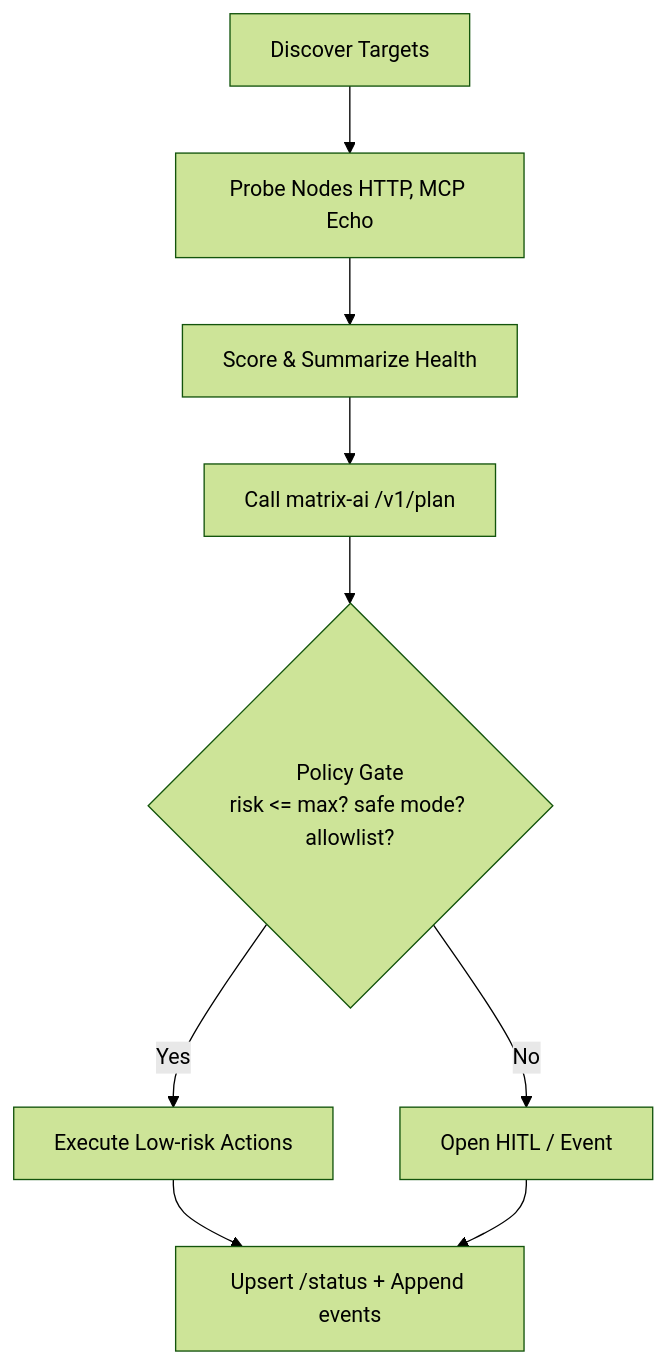
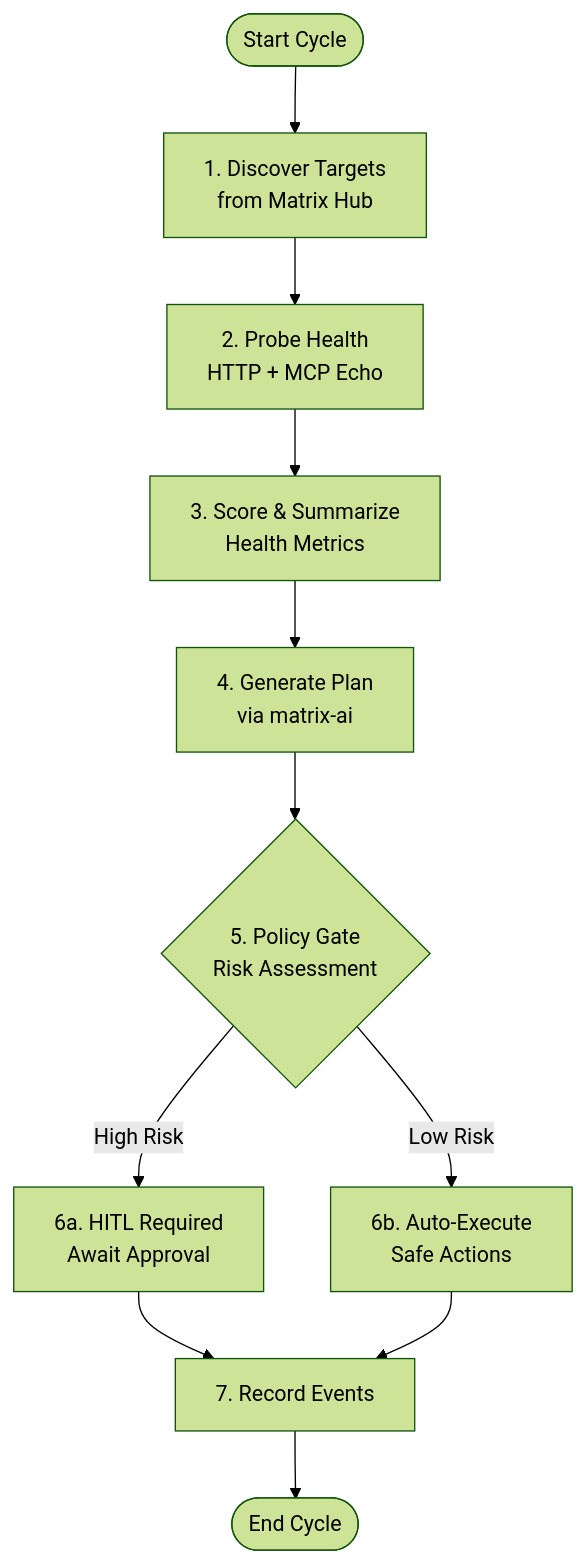
Before and after one commit to agent-matrix/matrix-guardian: the second of 2 diagrams in README.md, drawn with Mermaid (forest theme). The commit also changed other lines of this file and 77 other files, not shown here.

````diff
--- a/README.md
+++ b/README.md
@@ -64,11 +76,13 @@
 ```mermaid
 flowchart TD
-    Discover[Discover Targets] --> Probe[Probe Nodes HTTP, MCP Echo]
-    Probe --> Score[Score & Summarize Health]
-    Score --> Plan[Call matrix-ai /v1/plan]
-    Plan --> Policy{Policy Gate\nrisk <= max? safe mode? allowlist?}
-    Policy -- "No" --> Pause[Open HITL / Event]
-    Policy -- "Yes" --> Execute[Execute Low-risk Actions]
-    Execute --> Report[Upsert /status + Append events]
-    Pause --> Report
+    Start([Start Cycle]) --> Discover[1. Discover Targets<br/>from Matrix Hub]
+    Discover --> Probe[2. Probe Health<br/>HTTP + MCP Echo]
+    Probe --> Score[3. Score & Summarize<br/>Health Metrics]
+    Score --> Plan[4. Generate Plan<br/>via matrix-ai]
+    Plan --> Policy{5. Policy Gate<br/>Risk Assessment}
+    Policy -->|High Risk| HITL[6a. HITL Required<br/>Await Approval]
+    Policy -->|Low Risk| Execute[6b. Auto-Execute<br/>Safe Actions]
+    HITL --> Record[7. Record Events]
+    Execute --> Record
+    Record --> End([End Cycle])
 ```
````
